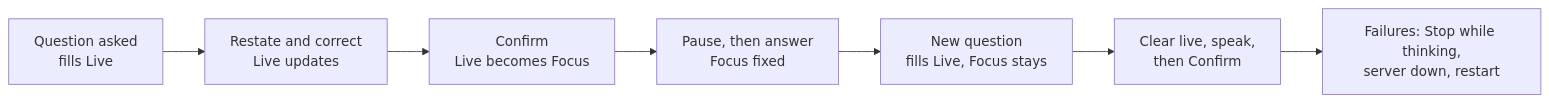
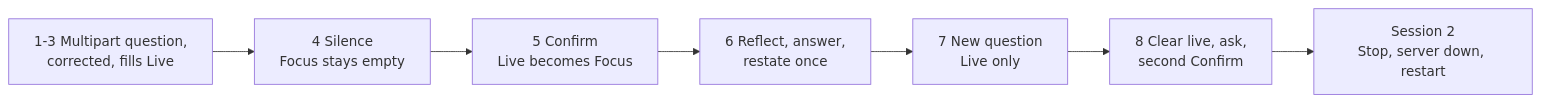
Before and after one commit to Elustondo-ai/alice.good.meetings: the diagram in docs/asdg/09-build-and-test-cycle/01-uc-04-live-check-plan.md, drawn with Mermaid. The commit also changed other lines of this file and 3 other files, not shown here.

````diff
--- a/docs/asdg/09-build-and-test-cycle/01-uc-04-live-check-plan.md
+++ b/docs/asdg/09-build-and-test-cycle/01-uc-04-live-check-plan.md
@@ -5,9 +5,9 @@
 ```mermaid
 flowchart LR
-  Q[Question asked<br/>fills Live] --> C[Restate and correct<br/>Live updates]
-  C --> K[Confirm<br/>Live becomes Focus]
-  K --> R[Pause, then answer<br/>Focus fixed]
-  R --> N[New question<br/>fills Live, Focus stays]
-  N --> M[Clear live, speak,<br/>then Confirm]
-  M --> F[Failures: Stop while thinking,<br/>server down, restart]
+  Q[1-3 Multipart question,<br/>corrected, fills Live] --> W[4 Silence<br/>Focus stays empty]
+  W --> K[5 Confirm<br/>Live becomes Focus]
+  K --> A[6 Reflect, answer,<br/>restate once]
+  A --> N[7 New question<br/>Live only]
+  N --> M[8 Clear live, ask,<br/>second Confirm]
+  M --> F[Session 2<br/>Stop, server down, restart]
 ```
````
